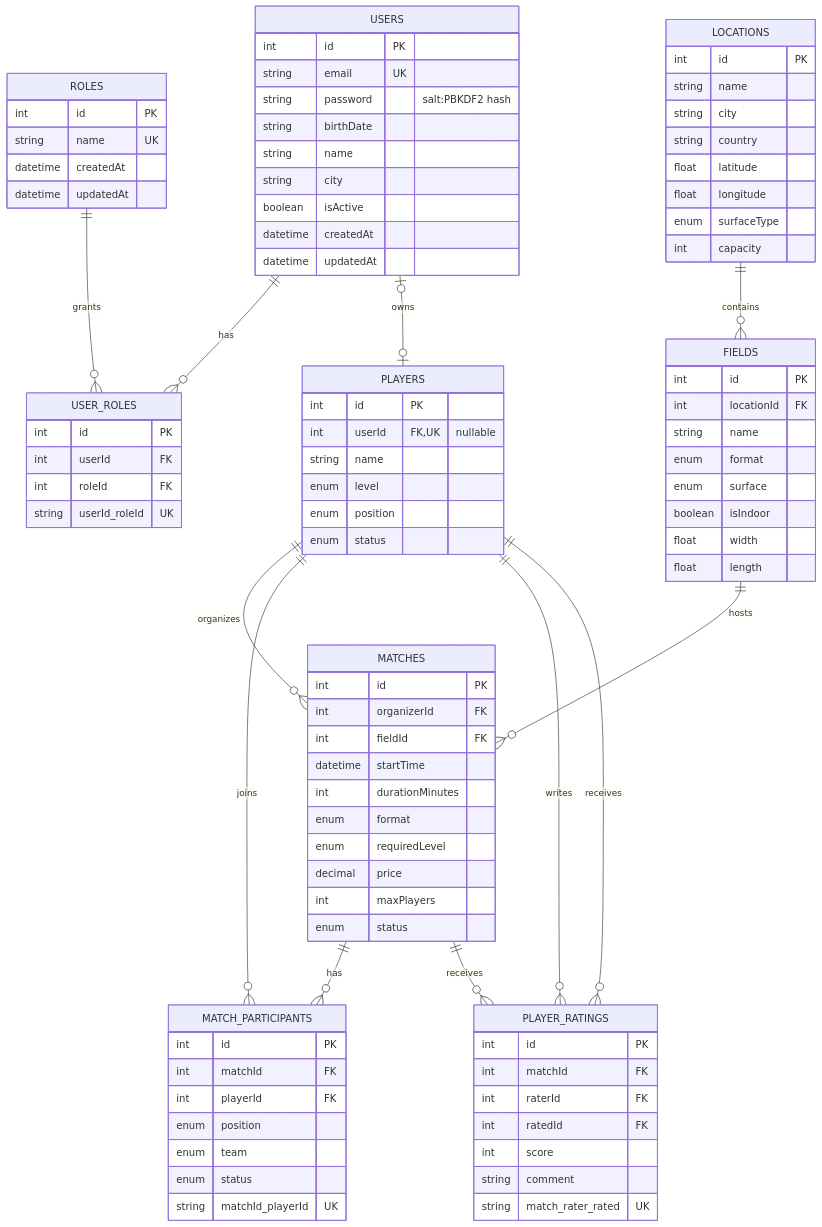
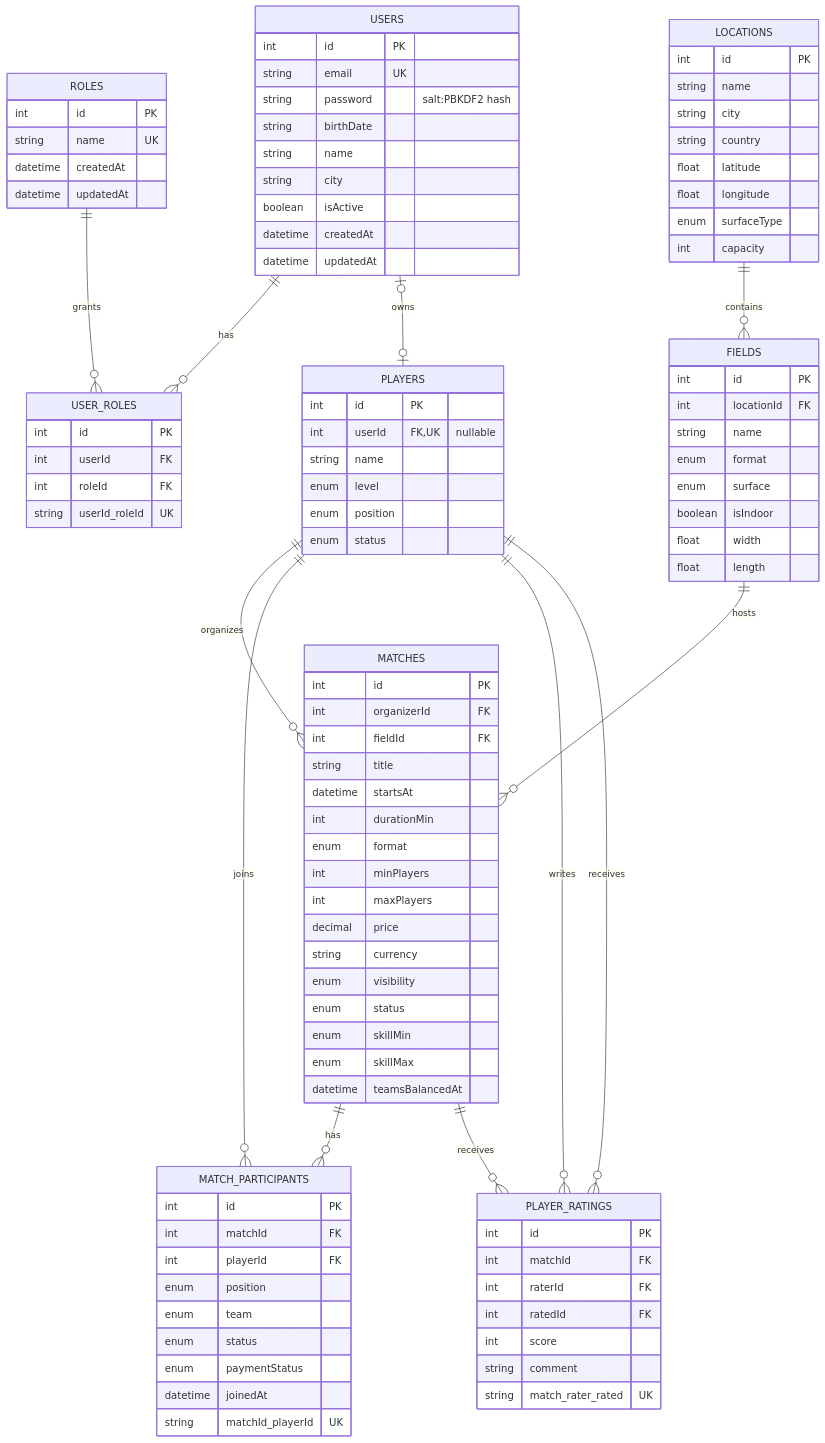
One commit to TimaRejepgulyew/gonna-play-backend changed the fifth of 13 diagrams in docs/architecture-dashboard.md. Above: the diagram before and after it, drawn with Mermaid. The commit also changed other lines of this file and 12 other files, not shown here.

```diff
--- a/docs/architecture-dashboard.md
+++ b/docs/architecture-dashboard.md
@@ -297,13 +301,19 @@
       int id PK
       int organizerId FK
       int fieldId FK
-      datetime startTime
-      int durationMinutes
+      string title
+      datetime startsAt
+      int durationMin
       enum format
-      enum requiredLevel
+      int minPlayers
+      int maxPlayers
       decimal price
-      int maxPlayers
+      string currency
+      enum visibility
       enum status
+      enum skillMin
+      enum skillMax
+      datetime teamsBalancedAt
     }
     MATCH_PARTICIPANTS {
       int id PK
@@ -312,6 +322,8 @@
       enum position
       enum team
       enum status
+      enum paymentStatus
+      datetime joinedAt
       string matchId_playerId UK
     }
     PLAYER_RATINGS {
```
